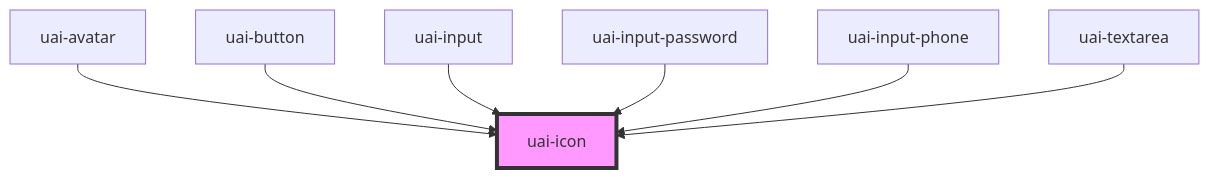
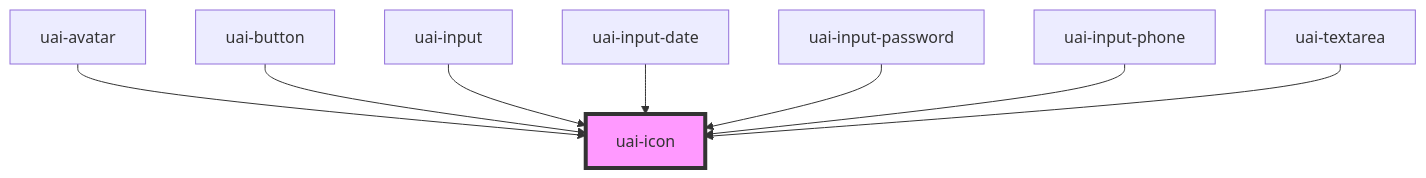
Before and after one commit to takenet/blip-ds: the diagram in src/components/uai-icon/readme.md, drawn with Mermaid. The commit also changed other lines of this file and 17 other files, not shown here.

First line of the commit message:
feat(uai-input-date): add the UAI date input

````diff
--- a/src/components/uai-icon/readme.md
+++ b/src/components/uai-icon/readme.md
@@ -51,10 +52,11 @@
 ```mermaid
 graph TD;
   uai-avatar --> uai-icon
   uai-button --> uai-icon
   uai-input --> uai-icon
+  uai-input-date --> uai-icon
   uai-input-password --> uai-icon
   uai-input-phone --> uai-icon
   uai-textarea --> uai-icon
   style uai-icon fill:#f9f,stroke:#333,stroke-width:4px
 ```
````
